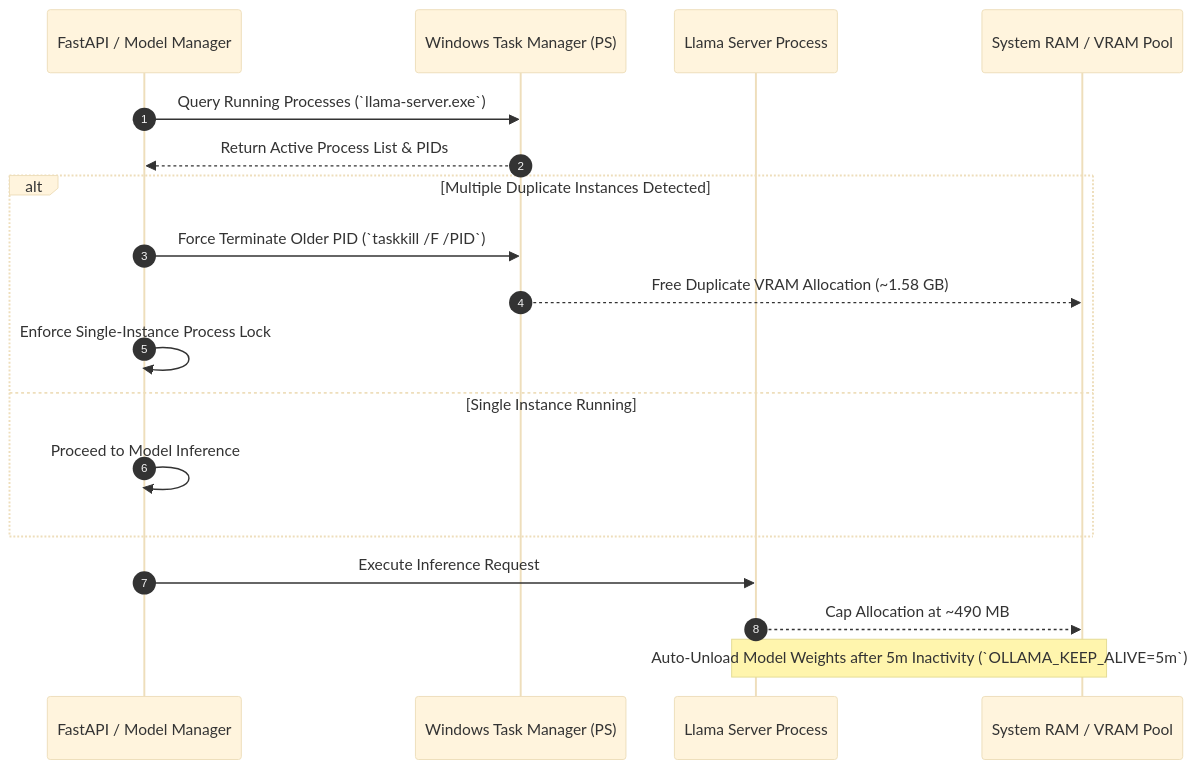
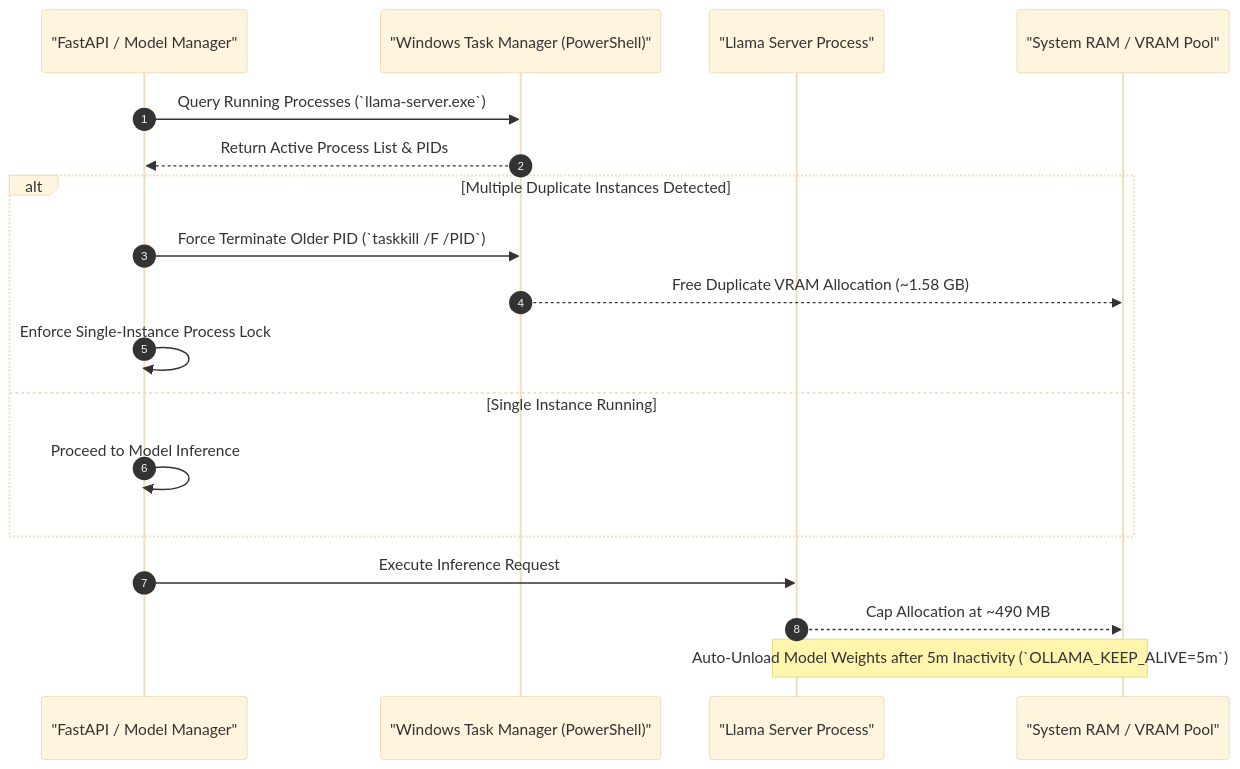
The first of 7 diagrams in README.md (SavianAlexander/uroboros-knowledge-engine), drawn with Mermaid (base theme) before and after one commit. The commit also changed other lines of this file and 8 other files, not shown here.

Commit message:
fix(docs): resolve Mermaid syntax parsing errors in README and architecture diagrams [Tududi #1689 | Neuro Hash: 7c4e912b]

````diff
--- a/README.md
+++ b/README.md
@@ -212,21 +212,21 @@
 ```mermaid
 sequenceDiagram
     autonumber
-    participant App as FastAPI / Model Manager
-    participant OS as Windows Task Manager (PS)
-    participant Llama as Llama Server Process
-    participant RAM as System RAM / VRAM Pool
+    participant App as "FastAPI / Model Manager"
+    participant OS as "Windows Task Manager (PowerShell)"
+    participant Llama as "Llama Server Process"
+    participant RAM as "System RAM / VRAM Pool"
 
     App->>OS: Query Running Processes (`llama-server.exe`)
     OS-->>App: Return Active Process List & PIDs
     alt Multiple Duplicate Instances Detected
         App->>OS: Force Terminate Older PID (`taskkill /F /PID`)
         OS-->>RAM: Free Duplicate VRAM Allocation (~1.58 GB)
         App->>App: Enforce Single-Instance Process Lock
     else Single Instance Running
         App->>App: Proceed to Model Inference
     end
     App->>Llama: Execute Inference Request
     Llama-->>RAM: Cap Allocation at ~490 MB
     Note over Llama,RAM: Auto-Unload Model Weights after 5m Inactivity (`OLLAMA_KEEP_ALIVE=5m`)
 ```
````
